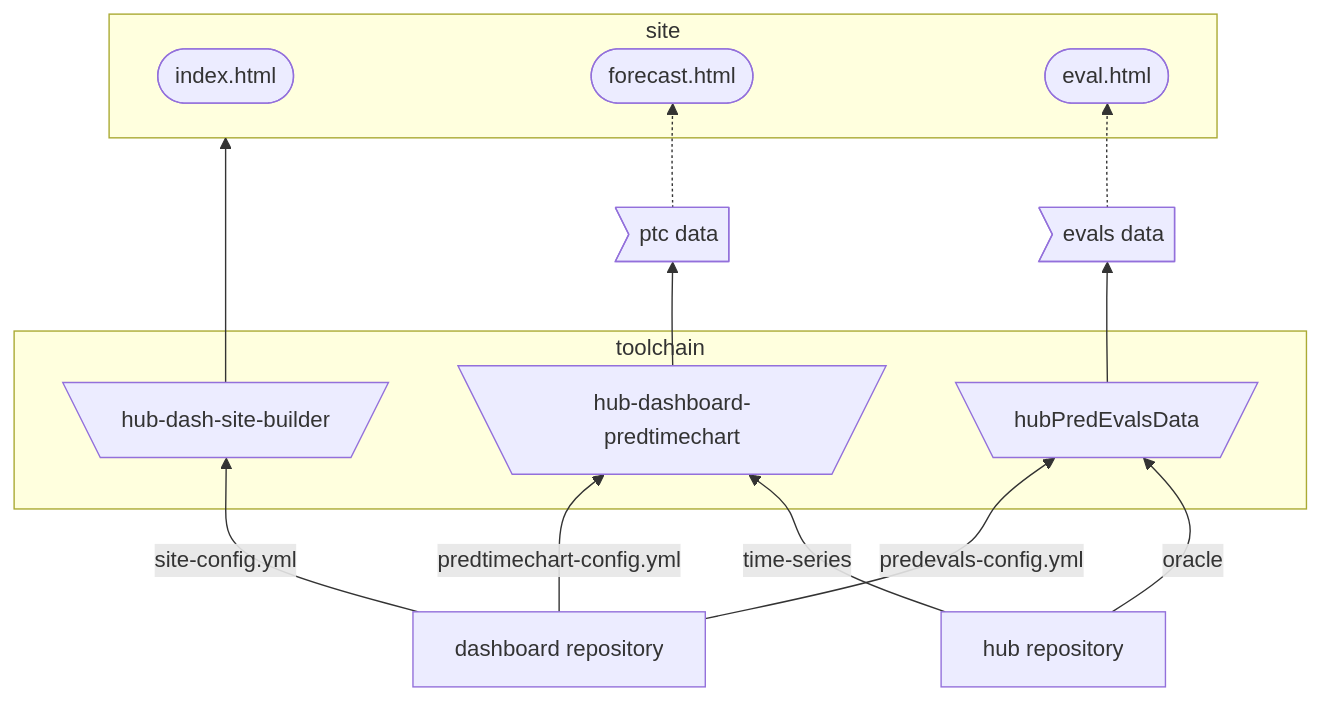
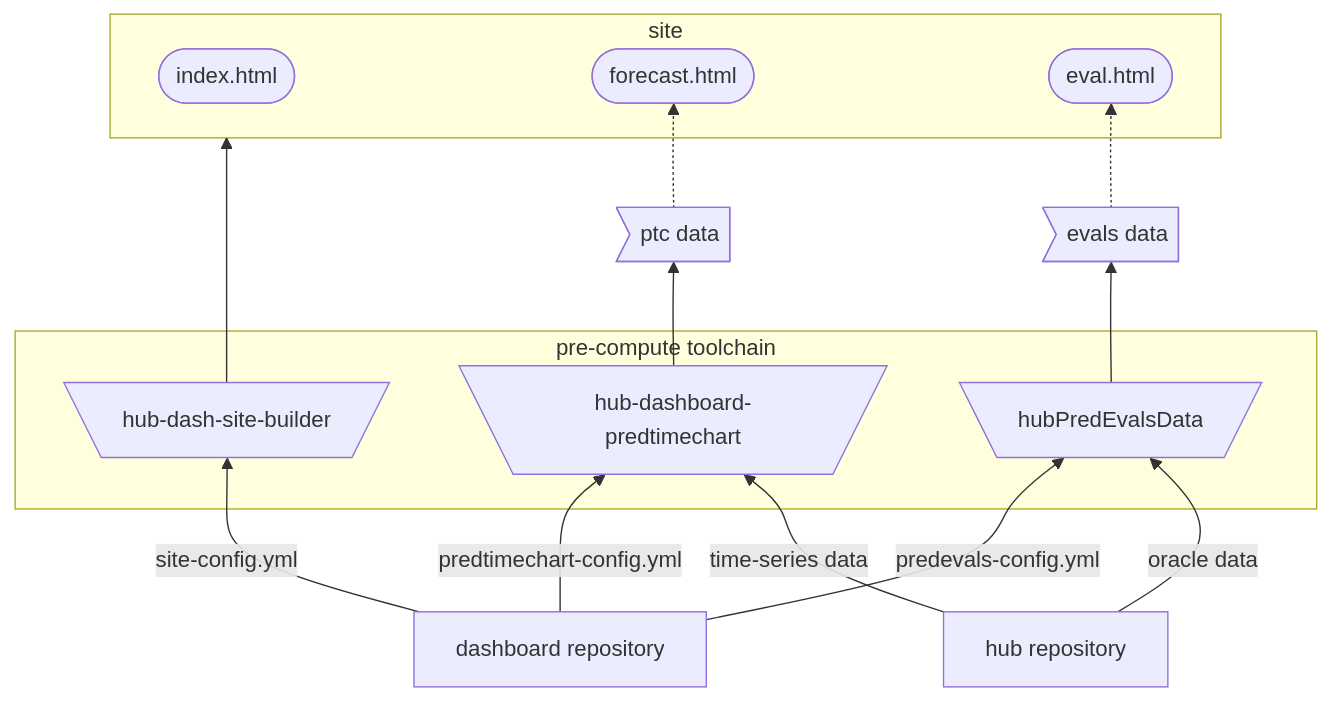
One commit to hubverse-org/hubDocs changed the diagram in docs/source/developer/dashboard-local.md. Above: the diagram before and after it, drawn with Mermaid. The commit also changed other lines of this file, not shown here.

````diff
--- a/docs/source/developer/dashboard-local.md
+++ b/docs/source/developer/dashboard-local.md
@@ -11,30 +11,30 @@
 ```{mermaid}
 :name: local-workflow
 :alt: A flowchart that demonstrates flow of data from the hub and dashboard to the final site with the tools that build each component labelling arrows.
 :config: {"theme": "base", "themeVariables": {"primaryColor": "#dbeefb", "primaryBorderColor": "#3c88be"}}
 flowchart BT
     hub["hub repository"]
     dashboard["dashboard repository"]
-      ptc/data>ptc data]
-      predevals/data>evals data]
-    subgraph toolchain
-    hub-dashboard-predtimechart[\hub-dashboard-predtimechart/]
-    hubPredEvalsData[\hubPredEvalsData/]
-    hub-dash-site-builder[\hub-dash-site-builder/]
+    ptc/data>ptc data]
+    predevals/data>evals data]
+    subgraph pre-compute toolchain
+      hub-dashboard-predtimechart[\hub-dashboard-predtimechart/]
+      hubPredEvalsData[\hubPredEvalsData/]
+      hub-dash-site-builder[\hub-dash-site-builder/]
     end
     subgraph site
         index.html([index.html])
         forecast.html([forecast.html])
         eval.html([eval.html])
     end
     dashboard -->|site-config.yml| hub-dash-site-builder
     hub-dash-site-builder --> site
-    hub -->|time-series|hub-dashboard-predtimechart
+    hub -->|time-series data|hub-dashboard-predtimechart
     dashboard -->|predtimechart-config.yml|hub-dashboard-predtimechart
     hub-dashboard-predtimechart --> ptc/data
-    hub -->|oracle|hubPredEvalsData
+    hub -->|oracle data|hubPredEvalsData
     dashboard -->|predevals-config.yml|hubPredEvalsData
     hubPredEvalsData --> predevals/data
     predevals/data -.-> eval.html
     ptc/data -.-> forecast.html
 ```
````
